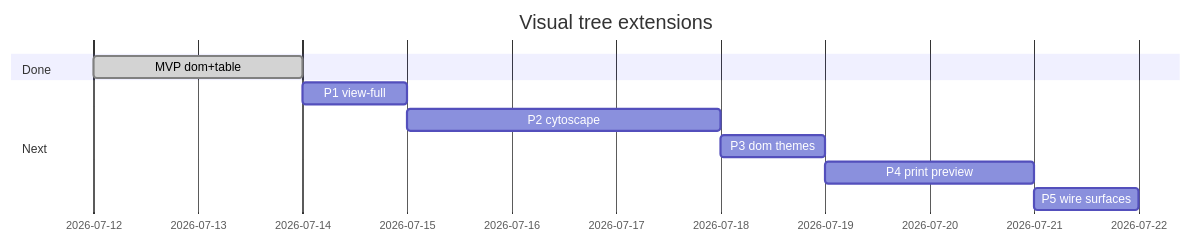
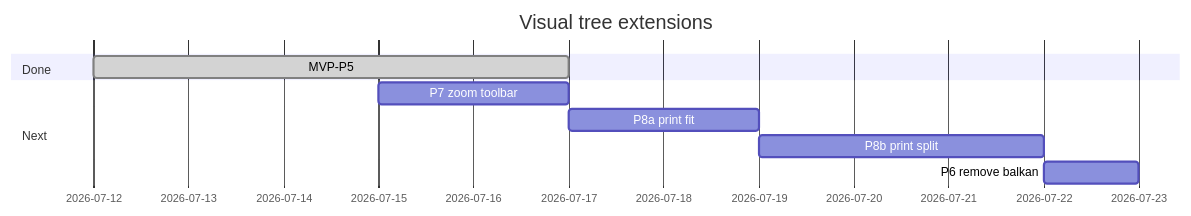
The second of 2 diagrams in planning/visual_tree_ui_info_task.md (sogoten6689/family-tree), drawn with Mermaid before and after one commit. The commit also changed other lines of this file and 19 other files, not shown here.

````diff
--- a/planning/visual_tree_ui_info_task.md
+++ b/planning/visual_tree_ui_info_task.md
@@ -323,13 +523,12 @@
 ```mermaid
 gantt
   title Visual tree extensions
   dateFormat YYYY-MM-DD
   section Done
-  MVP dom+table     :done, mvp, 2026-07-12, 2d
+  MVP-P5            :done, mvp, 2026-07-12, 5d
   section Next
-  P1 view-full      :p1, after mvp, 1d
-  P2 cytoscape      :p2, after p1, 3d
-  P3 dom themes     :p3, after p2, 1d
-  P4 print preview  :p4, after p3, 2d
-  P5 wire surfaces  :p5, after p4, 1d
+  P7 zoom toolbar   :p7, 2026-07-15, 2d
+  P8a print fit     :p8a, after p7, 2d
+  P8b print split   :p8b, after p8a, 3d
+  P6 remove balkan  :p6, after p8b, 1d
 ```
````
